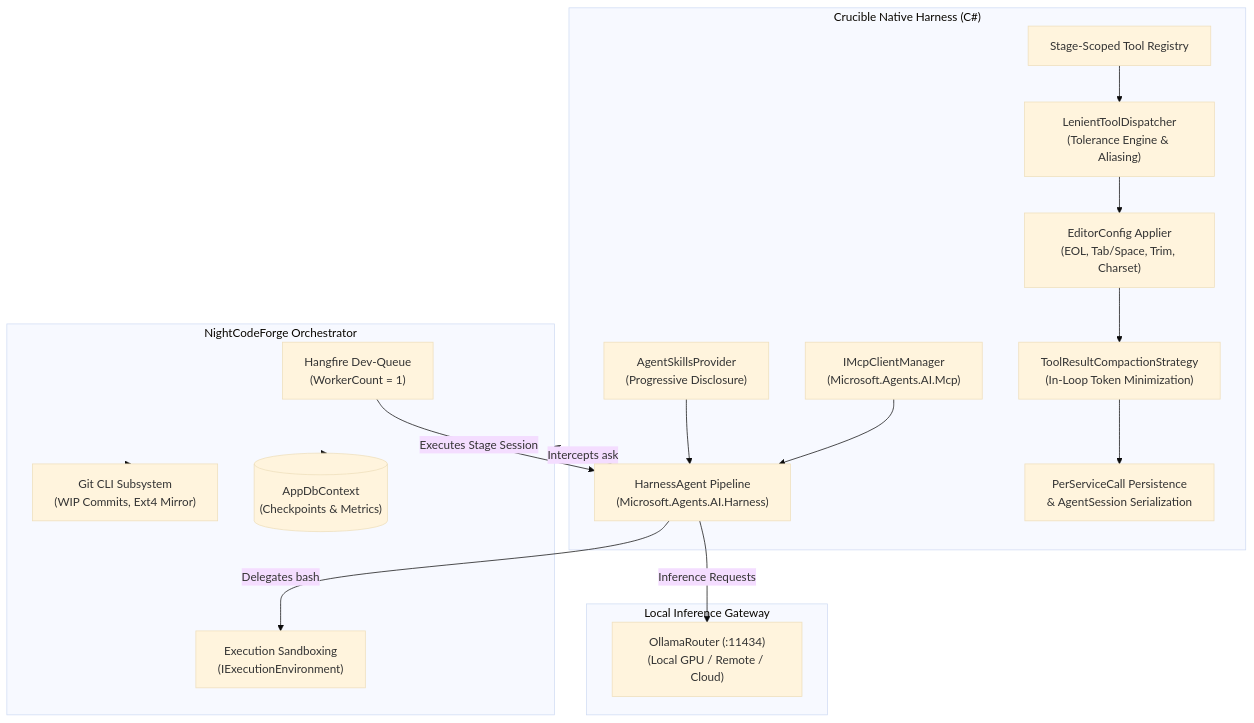
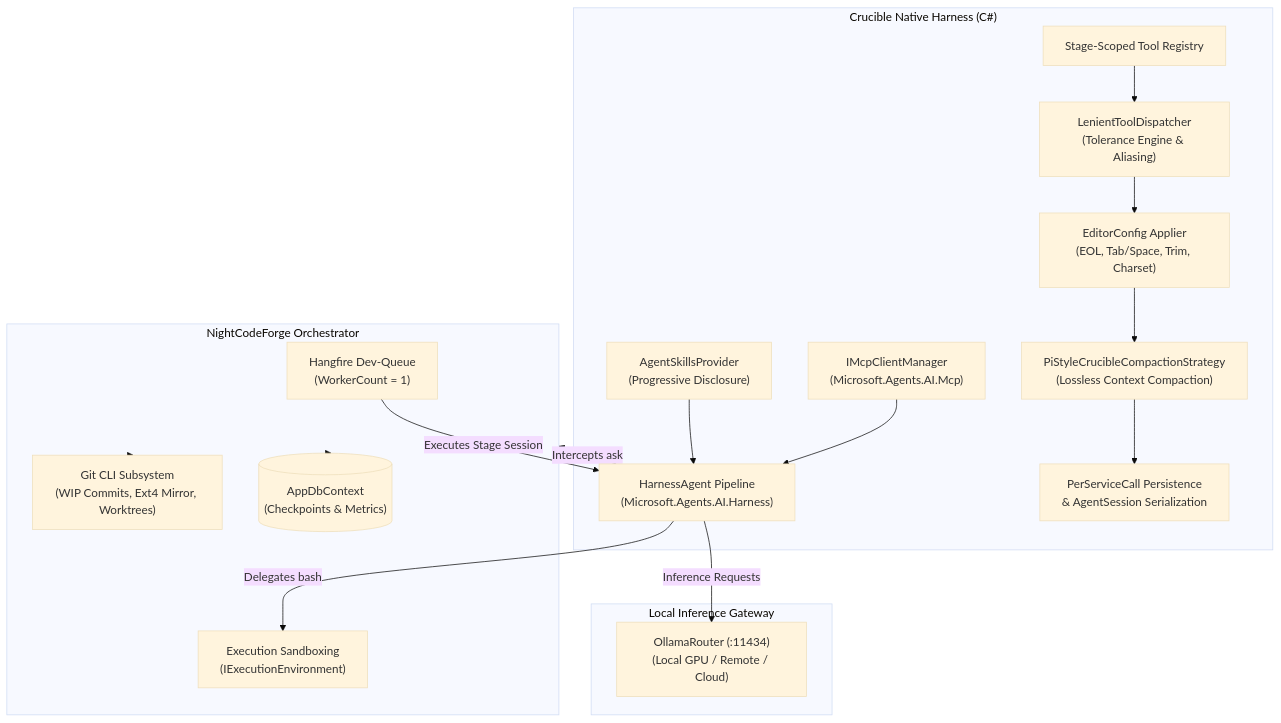
One commit to jetelain/NightCodeForge changed the first of 9 diagrams in docs/CRUCIBLE.md. Above: the diagram before and after it, drawn with Mermaid (base theme). The commit also changed other lines of this file and 7 other files, not shown here.

````diff
--- a/docs/CRUCIBLE.md
+++ b/docs/CRUCIBLE.md
@@ -10,37 +10,37 @@
 ```mermaid
 flowchart TD
     subgraph Forge ["NightCodeForge Orchestrator"]
         Queue["Hangfire Dev-Queue\n(WorkerCount = 1)"]
         Sandbox["Execution Sandboxing\n(IExecutionEnvironment)"]
-        GitMgr["Git CLI Subsystem\n(WIP Commits, Ext4 Mirror)"]
+        GitMgr["Git CLI Subsystem\n(WIP Commits, Ext4 Mirror, Worktrees)"]
         DB[("AppDbContext\n(Checkpoints & Metrics)")]
     end
 
     subgraph CrucibleEngine ["Crucible Native Harness (C#)"]
         Harness["HarnessAgent Pipeline\n(Microsoft.Agents.AI.Harness)"]
         Skills["AgentSkillsProvider\n(Progressive Disclosure)"]
         Dispatcher["LenientToolDispatcher\n(Tolerance Engine & Aliasing)"]
         ToolRegistry["Stage-Scoped Tool Registry"]
         EditorConfigApplier["EditorConfig Applier\n(EOL, Tab/Space, Trim, Charset)"]
-        Compaction["ToolResultCompactionStrategy\n(In-Loop Token Minimization)"]
+        Compaction["PiStyleCrucibleCompactionStrategy\n(Lossless Context Compaction)"]
         McpMgr["IMcpClientManager\n(Microsoft.Agents.AI.Mcp)"]
         Persistence["PerServiceCall Persistence\n& AgentSession Serialization"]
     end
 
     subgraph LLMGateway ["Local Inference Gateway"]
         Router["OllamaRouter (:11434)\n(Local GPU / Remote / Cloud)"]
     end
 
     Queue -->|Executes Stage Session| Harness
     Harness -->|Inference Requests| Router
     Harness -->|Delegates bash| Sandbox
     Harness -->|Intercepts ask| Forge
     Forge --> GitMgr
     Forge --> DB
     ToolRegistry --> Dispatcher
     Dispatcher --> EditorConfigApplier
     EditorConfigApplier --> Compaction
     Skills --> Harness
     Compaction --> Persistence
     McpMgr --> Harness
 ```
````
